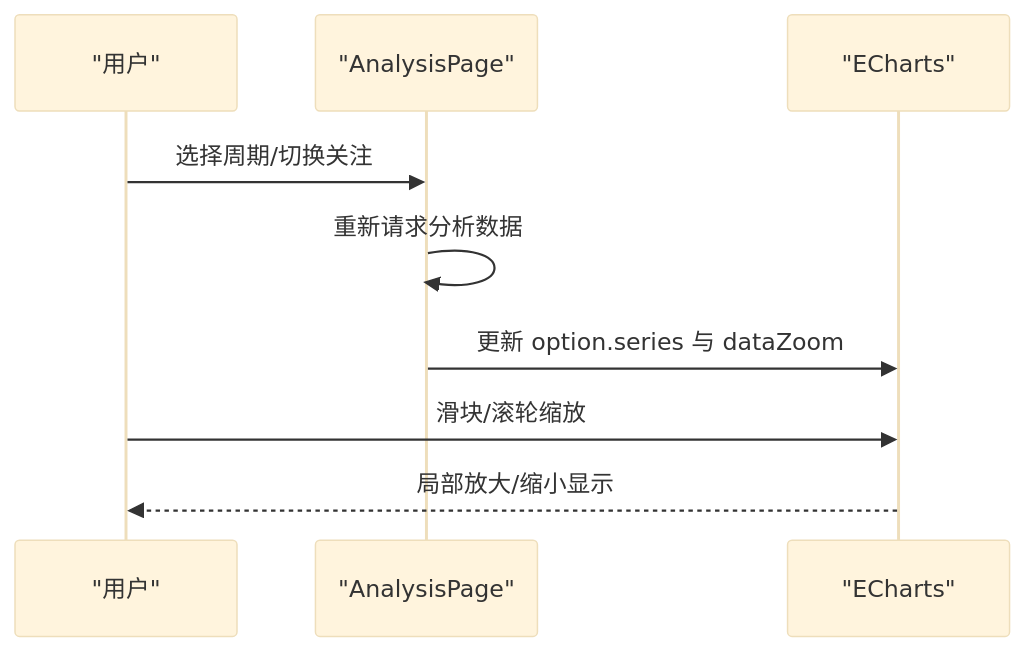
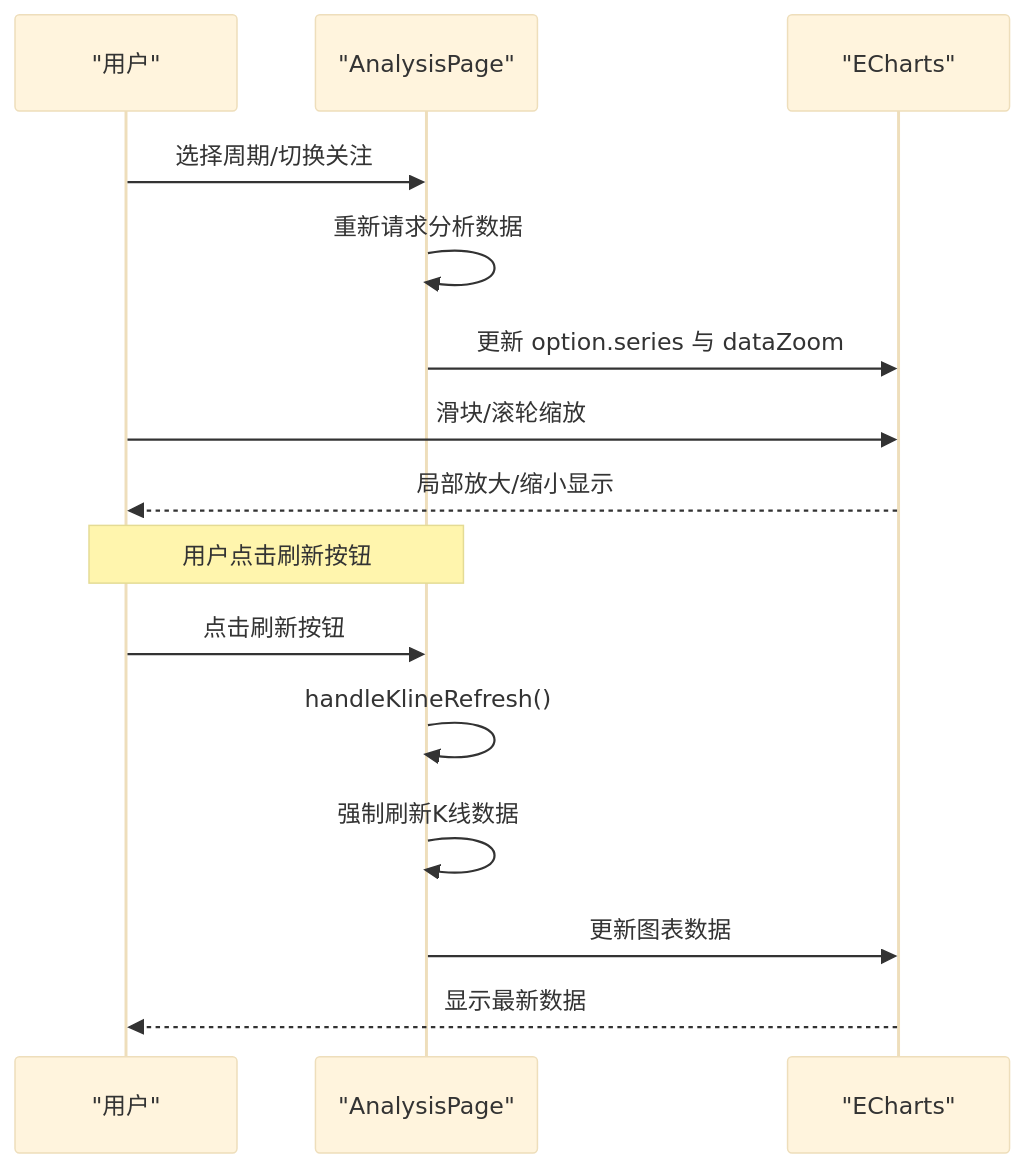
Before and after one commit to Moruime/stock_foker: the sixth of 8 diagrams in .qoder/repowiki/zh/content/核心功能/技术面分析系统/图表展示集成.md, drawn with Mermaid (base theme). The commit also changed other lines of this file and 16 other files, not shown here.

````diff
--- a/.qoder/repowiki/zh/content/核心功能/技术面分析系统/图表展示集成.md
+++ b/.qoder/repowiki/zh/content/核心功能/技术面分析系统/图表展示集成.md
@@ -217,11 +272,17 @@
 ```mermaid
 sequenceDiagram
 participant U as "用户"
 participant P as "AnalysisPage"
 participant E as "ECharts"
 U->>P : 选择周期/切换关注
 P->>P : 重新请求分析数据
 P->>E : 更新 option.series 与 dataZoom
 U->>E : 滑块/滚轮缩放
 E-->>U : 局部放大/缩小显示
+Note over U,P : 用户点击刷新按钮
+U->>P : 点击刷新按钮
+P->>P : handleKlineRefresh()
+P->>P : 强制刷新K线数据
+P->>E : 更新图表数据
+E-->>U : 显示最新数据
 ```
````
